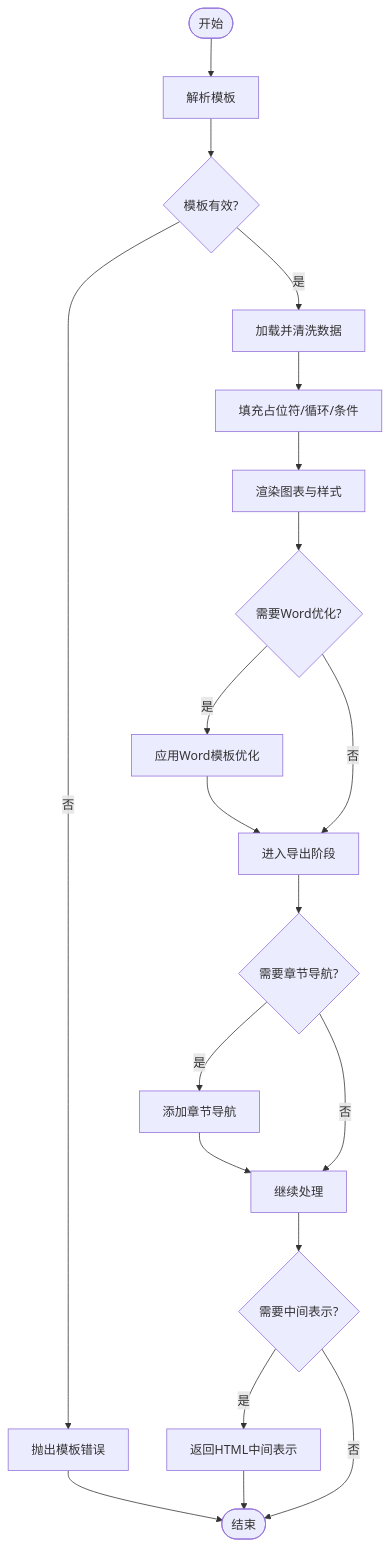
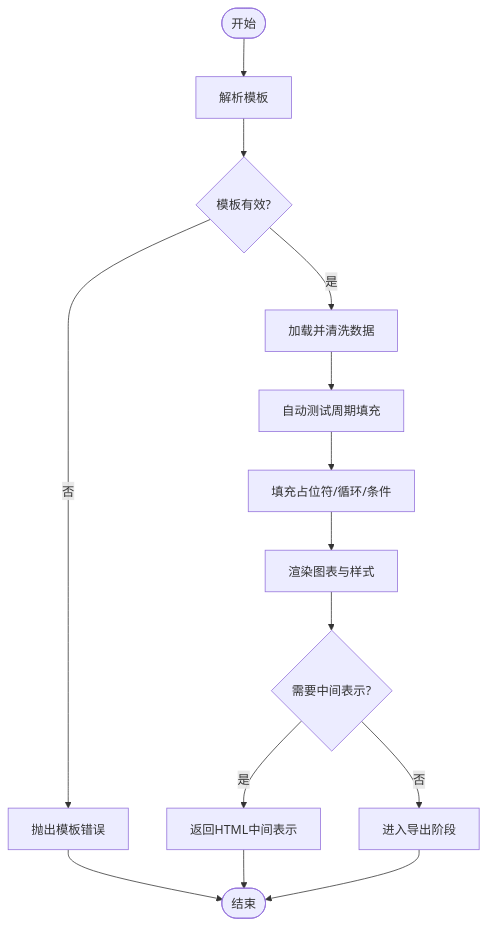
One commit to vu1Art1st/talos changed the third of 4 diagrams in .qoder/repowiki/zh/content/项目概览/核心功能概述/报告生成模块.md. Above: the diagram before and after it, drawn with Mermaid. The commit also changed other lines of this file and 132 other files, not shown here.

````diff
--- a/.qoder/repowiki/zh/content/项目概览/核心功能概述/报告生成模块.md
+++ b/.qoder/repowiki/zh/content/项目概览/核心功能概述/报告生成模块.md
@@ -174,22 +201,16 @@
 ```mermaid
 flowchart TD
 Start(["开始"]) --> Parse["解析模板"]
 Parse --> Validate{"模板有效?"}
 Validate --> |否| Err["抛出模板错误"]
 Validate --> |是| LoadData["加载并清洗数据"]
-LoadData --> Fill["填充占位符/循环/条件"]
+LoadData --> AutoFill["自动测试周期填充"]
+AutoFill --> Fill["填充占位符/循环/条件"]
 Fill --> Chart["渲染图表与样式"]
-Chart --> WordOpt{"需要Word优化?"}
-WordOpt --> |是| WordEnhance["应用Word模板优化"]
-WordOpt --> |否| Next["进入导出阶段"]
-WordEnhance --> Next
-Next --> ChapterNav{"需要章节导航?"}
-ChapterNav --> |是| AddNav["添加章节导航"]
-ChapterNav --> |否| Next2["继续处理"]
-AddNav --> Next2
-Next2 --> Output{"需要中间表示?"}
+Chart --> Output{"需要中间表示?"}
 Output --> |是| ReturnMid["返回HTML中间表示"]
-Output --> |否| End(["结束"])
+Output --> |否| Next["进入导出阶段"]
 Err --> End(["结束"])
 ReturnMid --> End
+Next --> End
 ```
````
